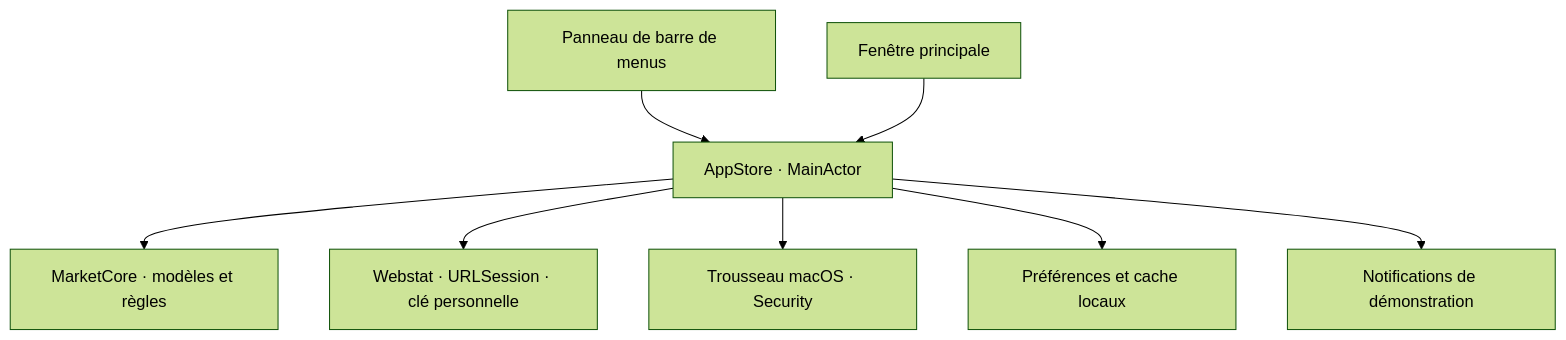
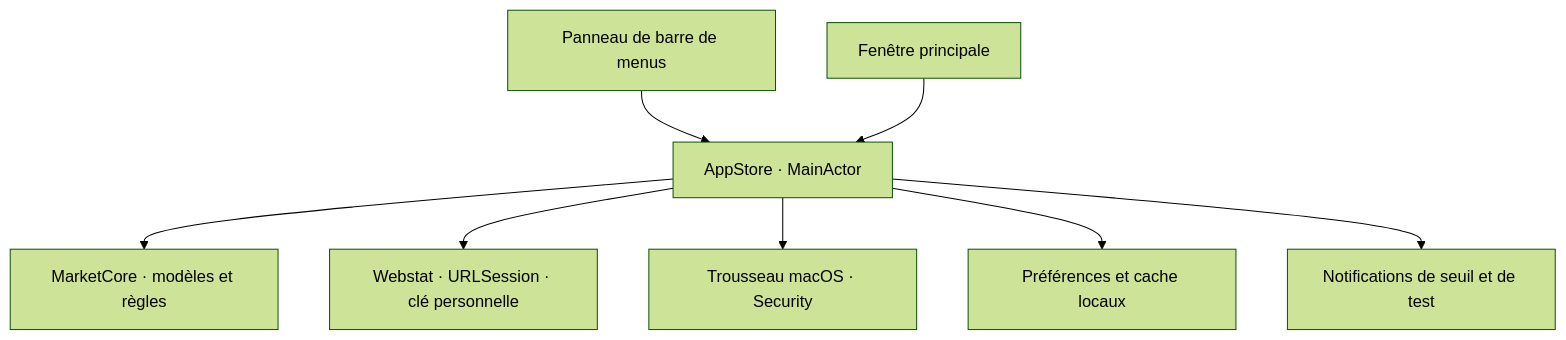
Before and after one commit to antoineberjoan/sema: the diagram in docs/ARCHITECTURE.md, drawn with Mermaid (forest theme). The commit also changed other lines of this file and 19 other files, not shown here.

````diff
--- a/docs/ARCHITECTURE.md
+++ b/docs/ARCHITECTURE.md
@@ -7,10 +7,10 @@
 ```mermaid
 flowchart TB
     Menu["Panneau de barre de menus"] --> Store["AppStore · MainActor"]
     Window["Fenêtre principale"] --> Store
     Store --> Core["MarketCore · modèles et règles"]
     Store --> Webstat["Webstat · URLSession · clé personnelle"]
     Store --> Keychain["Trousseau macOS · Security"]
     Store --> Local["Préférences et cache locaux"]
-    Store --> Notification["Notifications de démonstration"]
+    Store --> Notification["Notifications de seuil et de test"]
 ```
````
